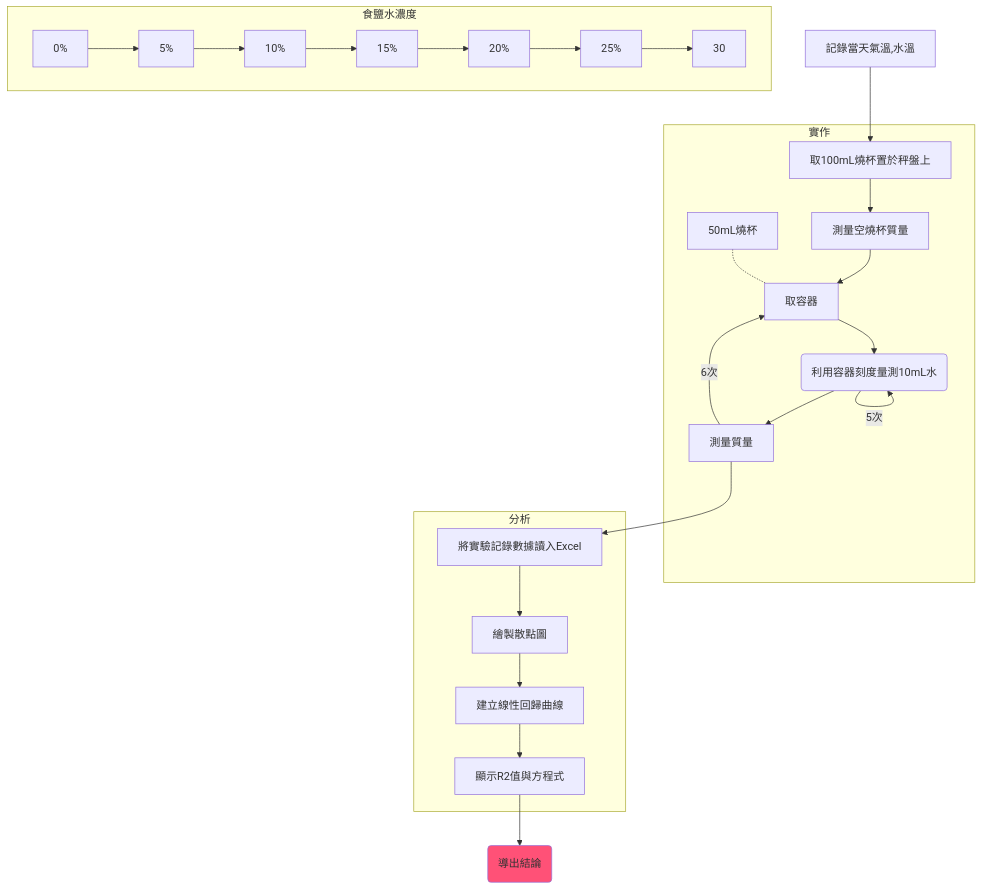
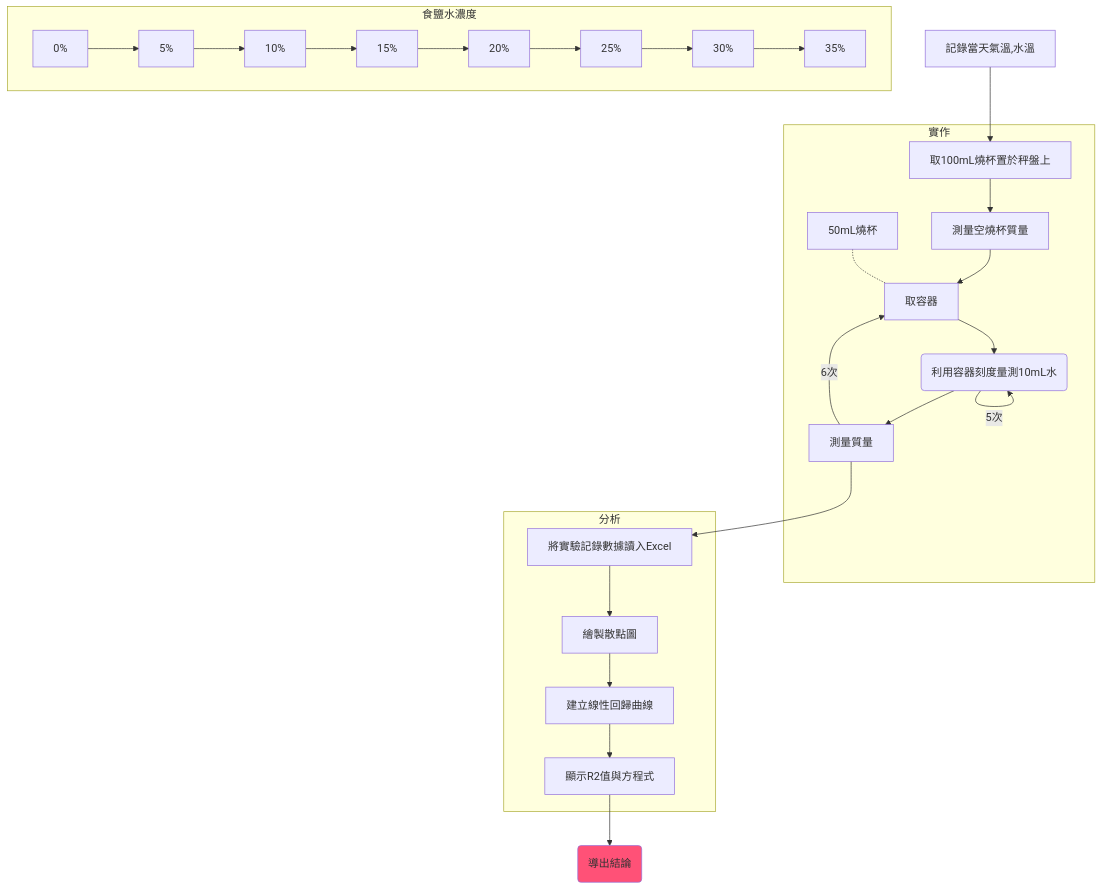
Before and after one commit to Ethane1755/Obsidian: the diagram in Zettelkasten/自然探究.md, drawn with Mermaid.

Commit message:
Obsidian Backup 2021-09-22 12:50

````diff
--- a/Zettelkasten/自然探究.md
+++ b/Zettelkasten/自然探究.md
@@ -25,20 +25,22 @@
  ```mermaid
-graph TD
+ 
+flowchart TD
+
 記錄當天氣溫,水溫-->取100mL燒杯置於秤盤上
 subgraph 食鹽水濃度
-0%-->5%-->10%-->15%-->20%-->25%-->30
+0%-->5%-->10%-->15%-->20%-->25%-->30%-->35%
 end
 subgraph 實作
 取100mL燒杯置於秤盤上-->測量空燒杯質量-->取容器
 取容器-->id1(利用容器刻度量測10mL水)-->測量質量
 id1-->|5次|id1
 50mL燒杯-.-取容器
 測量質量-->|6次|取容器
 end
 測量質量-->將實驗記錄數據讀入Excel
 subgraph 分析
 將實驗記錄數據讀入Excel-->繪製散點圖-->建立線性回歸曲線-->顯示R2值與方程式
 end
 顯示R2值與方程式-->id2(導出結論)
 style id2 fill:#FF5177
  ```
````
